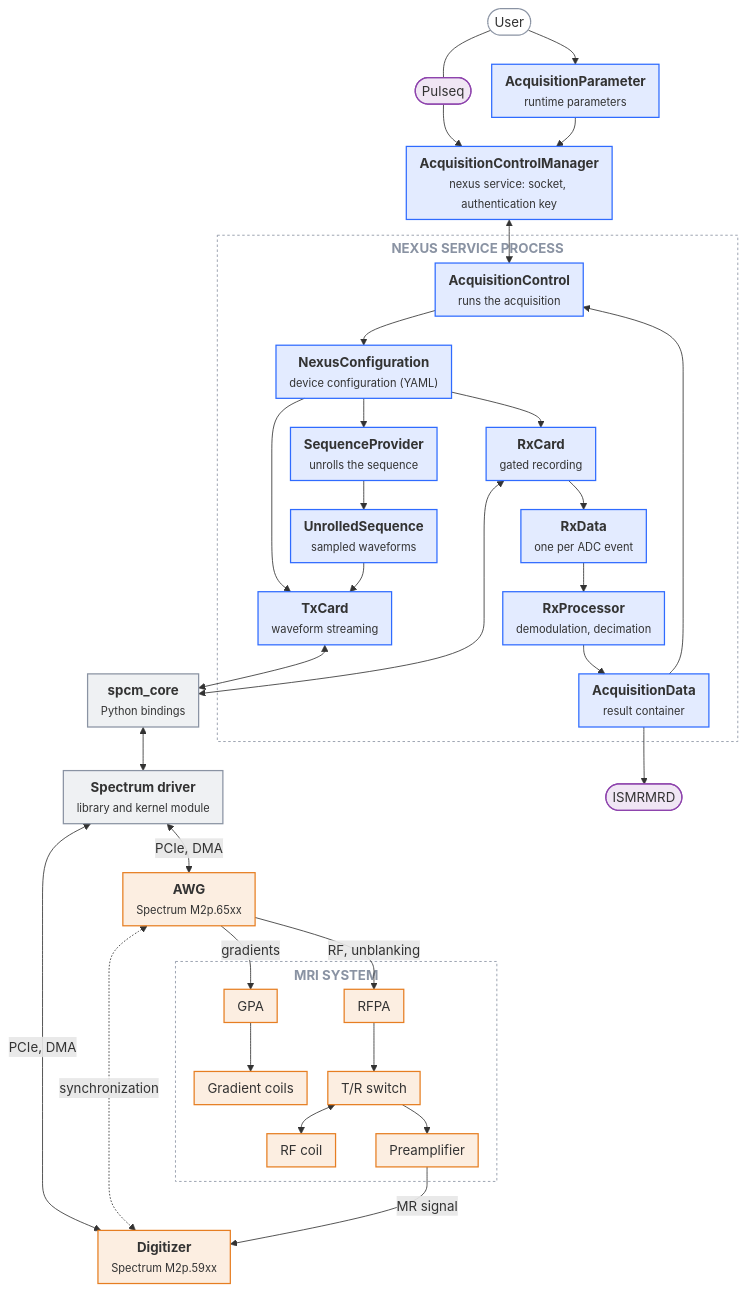
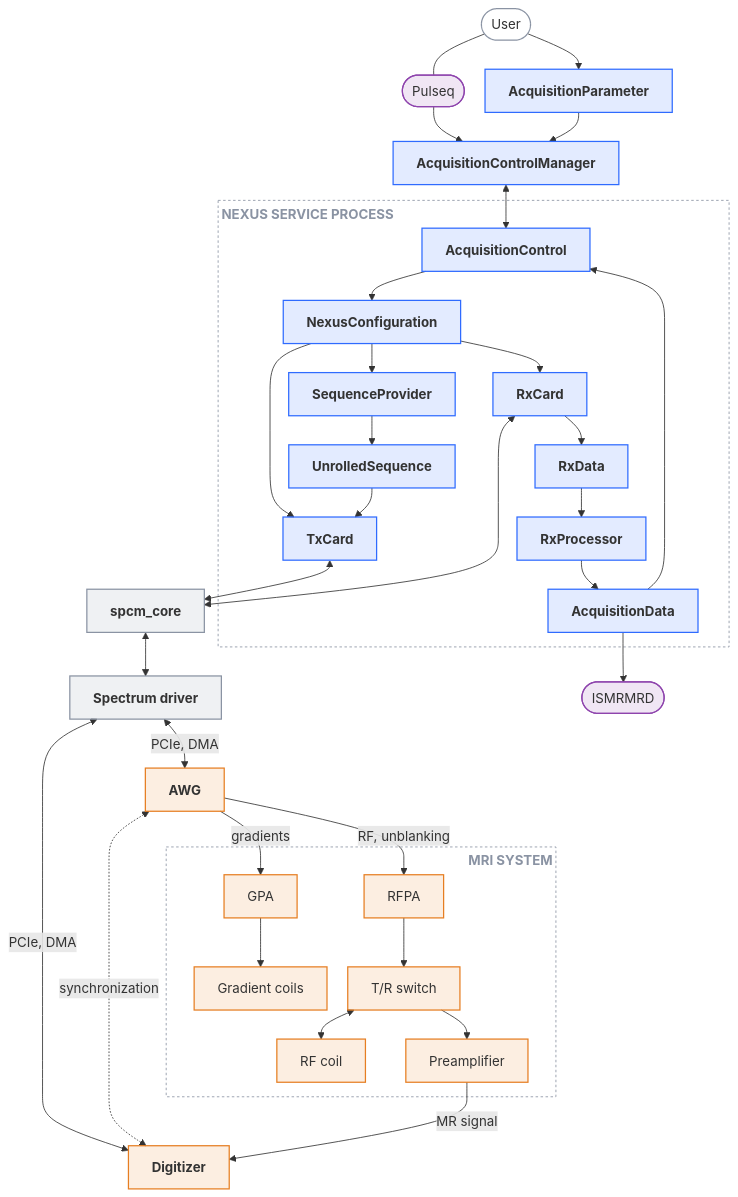
The diagram in docs/system/overview.md (schote/nexus-console), drawn with Mermaid before and after one commit. The commit also changed other lines of this file and 10 other files, not shown here.

````diff
--- a/docs/system/overview.md
+++ b/docs/system/overview.md
@@ -15,38 +11,41 @@
 ```mermaid
-%%{init: {"flowchart": {"nodeSpacing": 25, "rankSpacing": 35, "padding": 8, "subGraphTitleMargin": {"top": 4, "bottom": 12}}}}%%
+%%{init: {"flowchart": {"nodeSpacing": 25, "rankSpacing": 35, "padding": 14, "subGraphTitleMargin": {"top": 4, "bottom": 12}}}}%%
 flowchart TB
     %% Structure: nodes (user, software, hardware), then edges, then styling.
     %% Classes: user = neutral, sw = nexus-console, vendor = Spectrum software, hw = hardware, iface = interface or file format.
     %% The init line above only tightens the spacing between nodes and rows.
     %% Keep the colours in sync with the legend below the diagram (.nx-legend in extra.css).
+    %% Mermaid always centres subgraph titles. The empty span after the SVC title widens the label so the
+    %% visible text moves to the left and clears the MGR <--> ACQ edge (Material renders the diagram in a
+    %% shadow DOM, so extra.css cannot reach it).
 
     USER(["User"])
 
     %% Software: nexus-console
-    PARAM["<b>AcquisitionParameter</b><br/><small>runtime parameters</small>"]
+    PARAM["<b>AcquisitionParameter</b>"]
     PULSEQ(["Pulseq"])
-    MGR["<b>AcquisitionControlManager</b><br/><small>nexus service: socket, authentication key</small>"]
-    subgraph SVC["<b>NEXUS SERVICE PROCESS</b>"]
-        ACQ["<b>AcquisitionControl</b><br/><small>runs the acquisition</small>"]
-        CFG["<b>NexusConfiguration</b><br/><small>device configuration (YAML)</small>"]
-        SEQ["<b>SequenceProvider</b><br/><small>unrolls the sequence</small>"]
-        TXC["<b>TxCard</b><br/><small>waveform streaming</small>"]
-        RXC["<b>RxCard</b><br/><small>gated recording</small>"]
-        UNR["<b>UnrolledSequence</b><br/><small>sampled waveforms</small>"]
-        RXD["<b>RxData</b><br/><small>one per ADC event</small>"]
-        PROC["<b>RxProcessor</b><br/><small>demodulation, decimation</small>"]
-        DATA["<b>AcquisitionData</b><br/><small>result container</small>"]
+    MGR["<b>AcquisitionControlManager</b>"]
+    subgraph SVC["<b>NEXUS SERVICE PROCESS</b><span style='display:inline-block;width:400px'></span>"]
+        ACQ["<b>AcquisitionControl</b>"]
+        CFG["<b>NexusConfiguration</b>"]
+        SEQ["<b>SequenceProvider</b>"]
+        TXC["<b>TxCard</b>"]
+        RXC["<b>RxCard</b>"]
+        UNR["<b>UnrolledSequence</b>"]
+        RXD["<b>RxData</b>"]
+        PROC["<b>RxProcessor</b>"]
+        DATA["<b>AcquisitionData</b>"]
     end
     %% Software: Spectrum
-    CORE["<b>spcm_core</b><br/><small>Python bindings</small>"]
-    DRV["<b>Spectrum driver</b><br/><small>library and kernel module</small>"]
+    CORE["<b>spcm_core</b>"]
+    DRV["<b>Spectrum driver</b>"]
     %% Interfaces
     MRD(["ISMRMRD"])
 
     %% Hardware
-    AWG["<b>AWG</b><br/><small>Spectrum M2p.65xx</small>"]
-    DIG["<b>Digitizer</b><br/><small>Spectrum M2p.59xx</small>"]
-    subgraph MRI["<b>MRI SYSTEM</b>"]
+    AWG["<b>AWG</b>"]
+    DIG["<b>Digitizer</b>"]
+    subgraph MRI["<span style='display:inline-block;width:360px'></span><b>MRI SYSTEM</b>"]
         GPA["GPA"]
         RFPA["RFPA"]
         GC["Gradient coils"]
````
